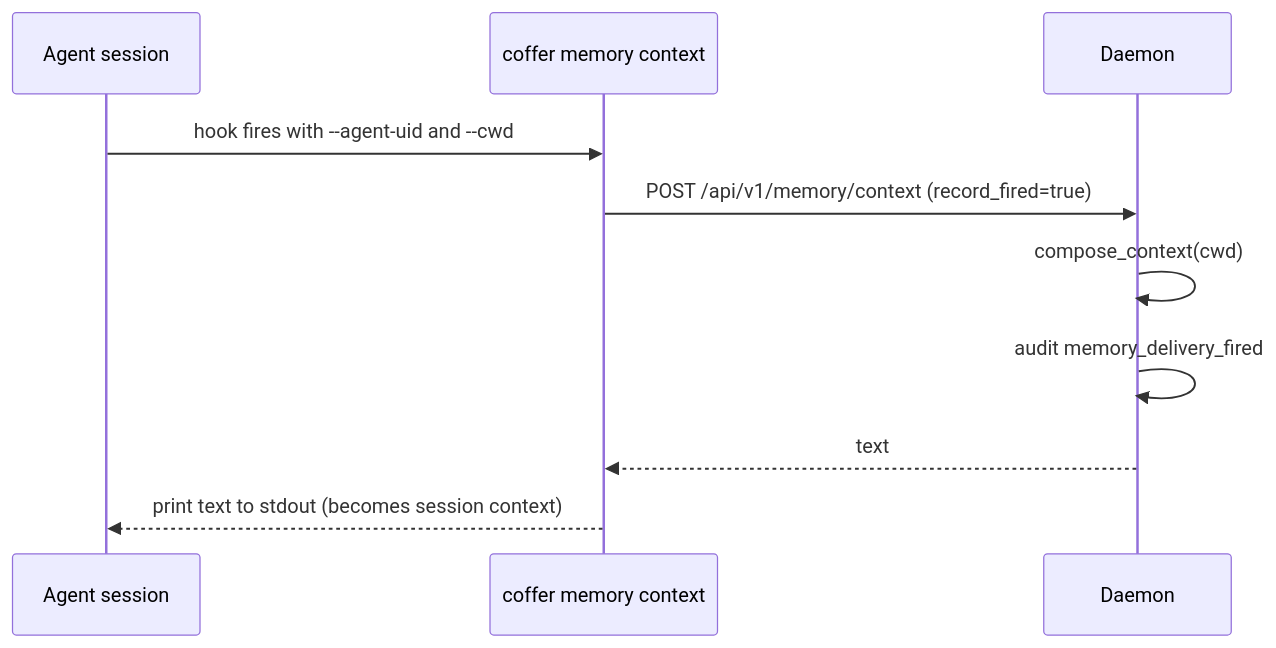
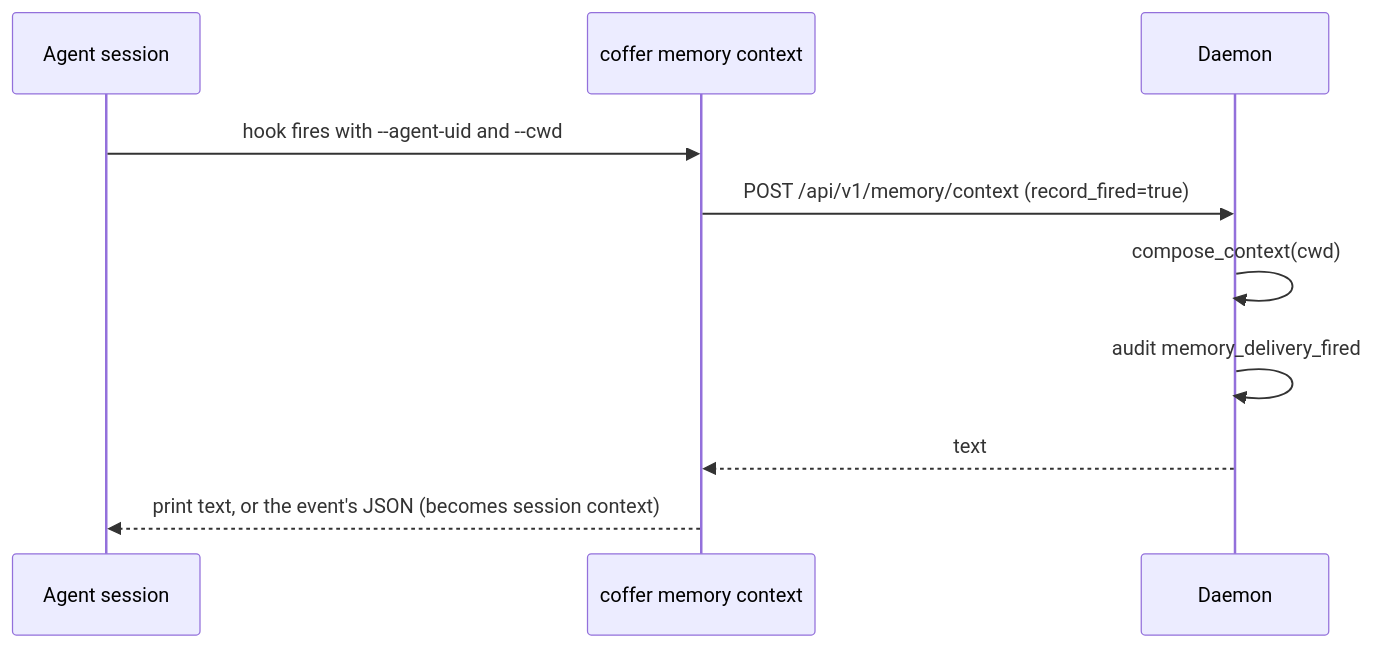
The third of 3 diagrams in docs-site/architecture/memory.md (wyx-sg/Coffer), drawn with Mermaid before and after one commit. The commit also changed other lines of this file and 48 other files, not shown here.

````diff
--- a/docs-site/architecture/memory.md
+++ b/docs-site/architecture/memory.md
@@ -255,12 +268,12 @@
 ```mermaid
 sequenceDiagram
   participant A as Agent session
   participant C as coffer memory context
   participant D as Daemon
   A->>C: hook fires with --agent-uid and --cwd
   C->>D: POST /api/v1/memory/context (record_fired=true)
   D->>D: compose_context(cwd)
   D->>D: audit memory_delivery_fired
   D-->>C: text
-  C-->>A: print text to stdout (becomes session context)
+  C-->>A: print text, or the event's JSON (becomes session context)
 ```
````
